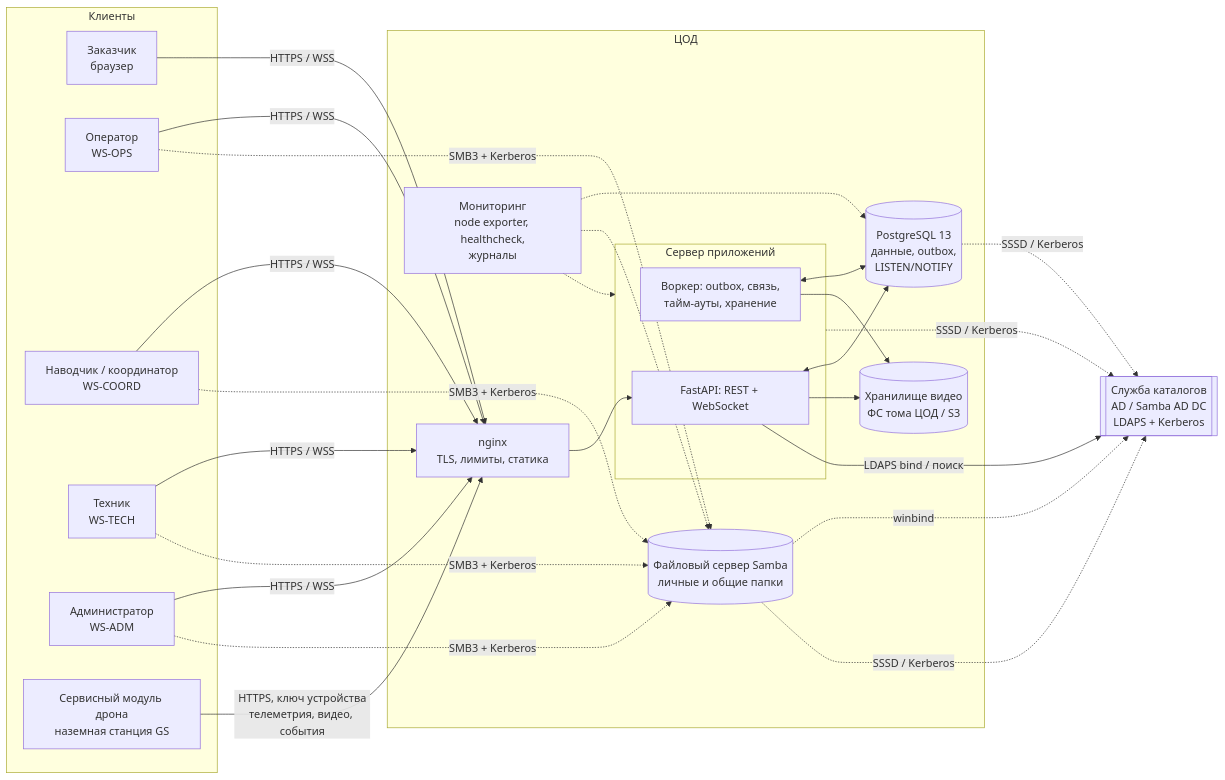
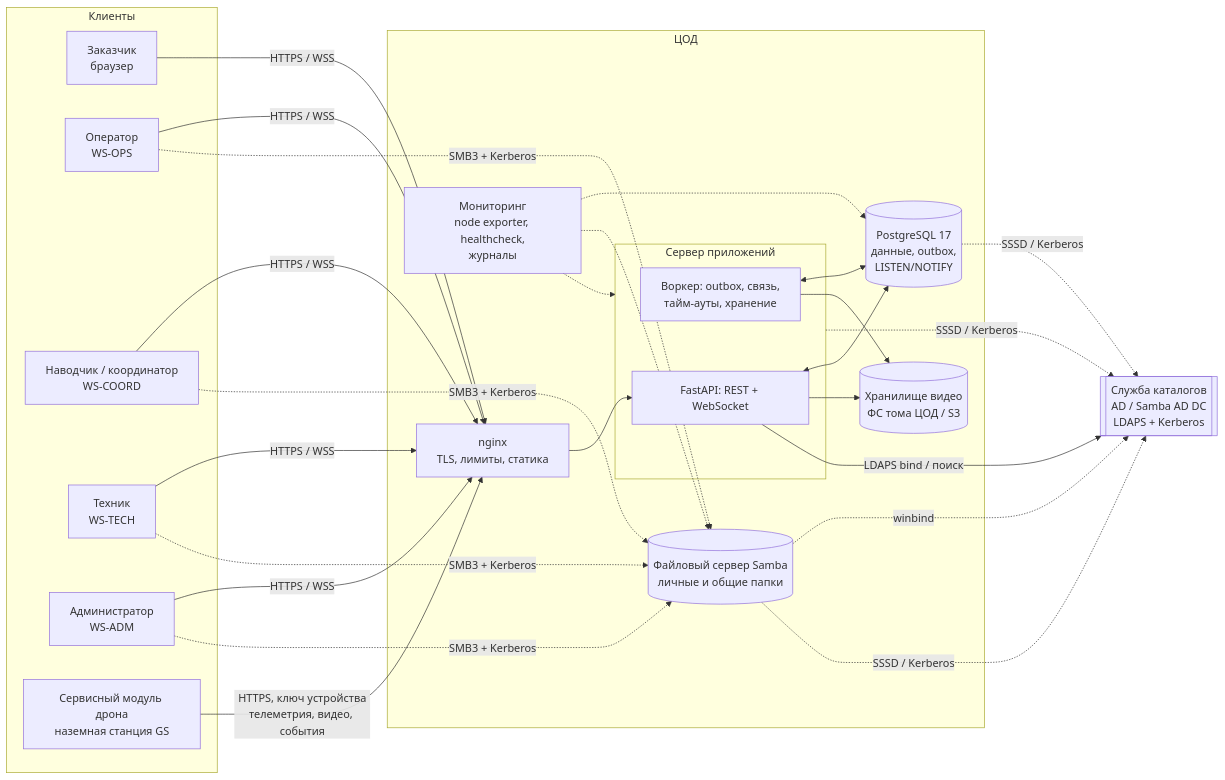
The first of 3 diagrams in docs/architecture.md (vaceslavnenadov-byte/fpv-delivery-platform), drawn with Mermaid before and after one commit. The commit also changed other lines of this file and 56 other files, not shown here.

First line of the commit message:
Переход на Debian 13 «trixie»: Python 3.13, PostgreSQL 17, ansible-core 2.21

````diff
--- a/docs/architecture.md
+++ b/docs/architecture.md
@@ -9,38 +9,38 @@
 ```mermaid
 flowchart LR
   subgraph clients[Клиенты]
     C[Заказчик<br/>браузер]
     OP[Оператор<br/>WS-OPS]
     CO[Наводчик / координатор<br/>WS-COORD]
     TE[Техник<br/>WS-TECH]
     AD[Администратор<br/>WS-ADM]
     DR[Сервисный модуль дрона<br/>наземная станция GS]
   end
 
   subgraph dc[ЦОД]
     NG[nginx<br/>TLS, лимиты, статика]
     subgraph app[Сервер приложений]
       API[FastAPI: REST + WebSocket]
       WK[Воркер: outbox, связь,<br/>тайм-ауты, хранение]
     end
-    PG[(PostgreSQL 13<br/>данные, outbox,<br/>LISTEN/NOTIFY)]
+    PG[(PostgreSQL 17<br/>данные, outbox,<br/>LISTEN/NOTIFY)]
     VS[(Хранилище видео<br/>ФС тома ЦОД / S3)]
     FS[(Файловый сервер Samba<br/>личные и общие папки)]
     MON[Мониторинг<br/>node exporter, healthcheck,<br/>журналы]
   end
 
   DOM[[Служба каталогов<br/>AD / Samba AD DC<br/>LDAPS + Kerberos]]
 
   C & OP & CO & TE & AD -->|HTTPS / WSS| NG
   DR -->|HTTPS, ключ устройства<br/>телеметрия, видео, события| NG
   NG --> API
   API <--> PG
   WK <--> PG
   API --> VS
   WK --> VS
   API -->|LDAPS bind / поиск| DOM
   OP & CO & TE & AD -. SMB3 + Kerberos .-> FS
   FS -. winbind .-> DOM
   app & PG & FS -. SSSD / Kerberos .-> DOM
   MON -.-> app & PG & FS
 ```
````
